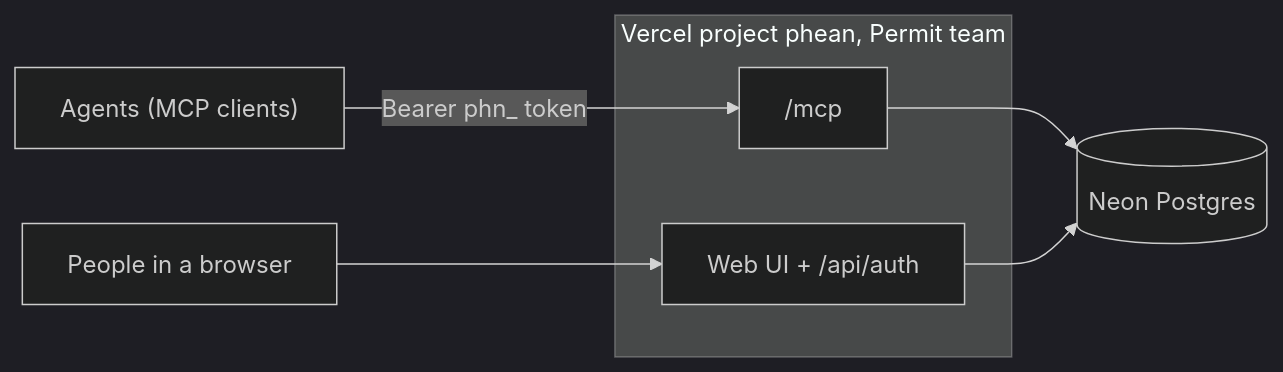
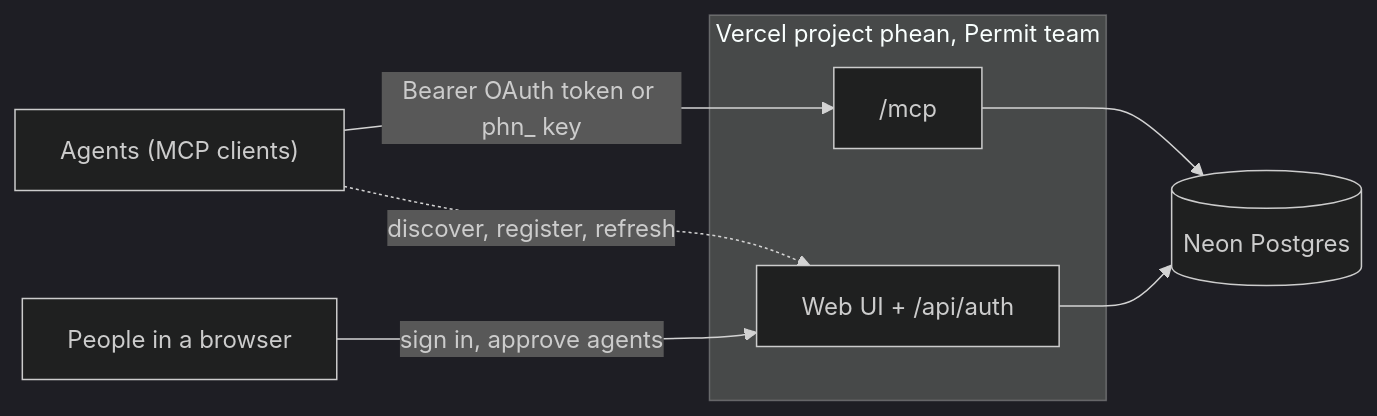
One commit to orweis/phean changed the diagram in docs/DEPLOYMENT.md. Above: the diagram before and after it, drawn with Mermaid (dark theme). The commit also changed other lines of this file and 18 other files, not shown here.

First line of the commit message:
Lead the Agents page with OAuth and keep fixed keys for bots

````diff
--- a/docs/DEPLOYMENT.md
+++ b/docs/DEPLOYMENT.md
@@ -5,11 +5,12 @@
 ```mermaid
 flowchart LR
-    Agents["Agents (MCP clients)"] -->|"Bearer phn_ token"| Mcp["/mcp"]
-    People[People in a browser] --> Web["Web UI + /api/auth"]
+    Agents["Agents (MCP clients)"] -->|"Bearer OAuth token or phn_ key"| Mcp["/mcp"]
+    Agents -.->|"discover, register, refresh"| Web
+    People[People in a browser] -->|"sign in, approve agents"| Web["Web UI + /api/auth"]
     subgraph vercel [Vercel project phean, Permit team]
         Mcp
         Web
     end
     Mcp --> Neon[("Neon Postgres")]
     Web --> Neon
 ```
````
